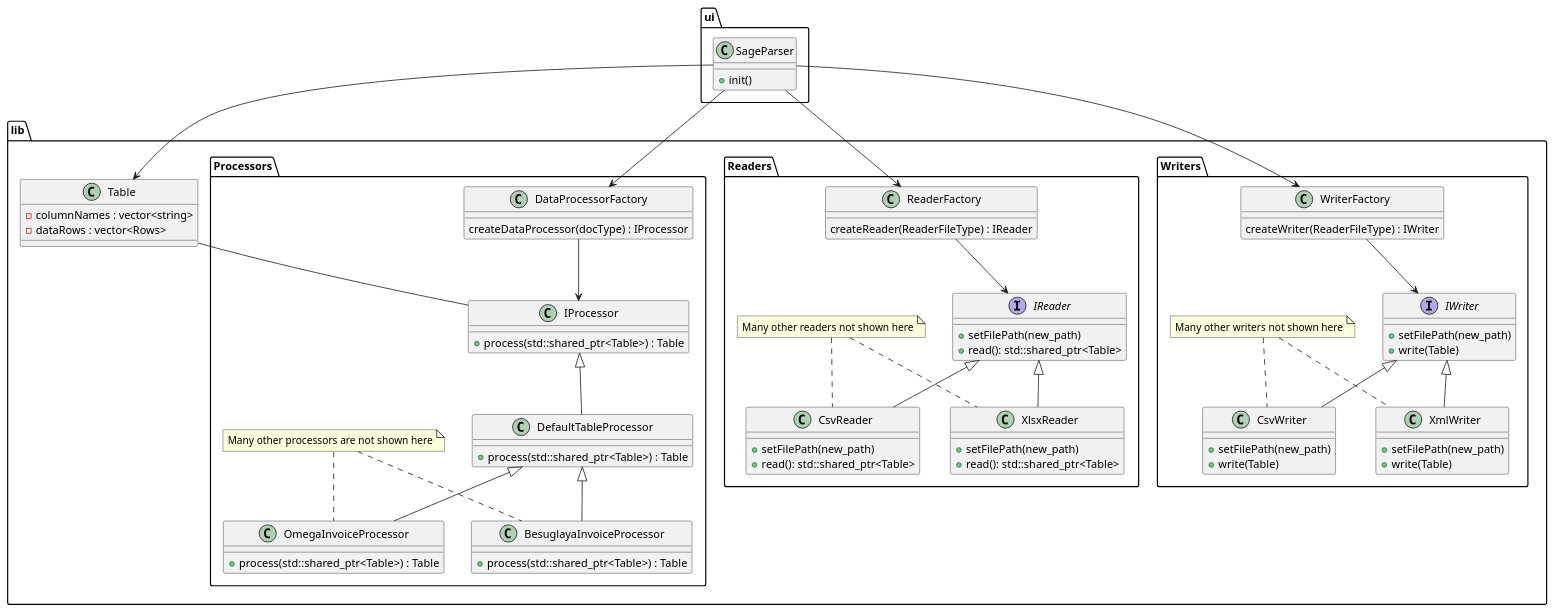
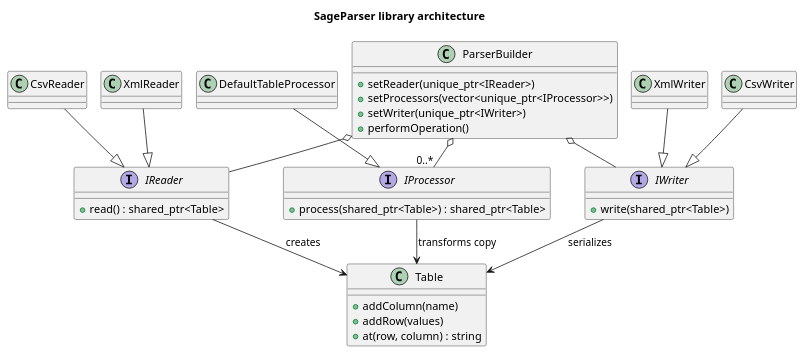
One commit to Sage-Cat/SageParser changed the diagram in docs/Library_Design.puml. Above: the diagram before and after it, drawn with PlantUML. The commit also changed 28 other files, not shown here.

Commit message:
Fix parser data integrity and add CI

```diff
--- a/docs/Library_Design.puml
+++ b/docs/Library_Design.puml
@@ -1,117 +1,48 @@
 @startuml
+!pragma layout smetana
+skinparam componentStyle rectangle
+title SageParser library architecture
 
-package ui {
-    class SageParser
-    {
-        +init()
-    }
+class ParserBuilder {
+  +setReader(unique_ptr<IReader>)
+  +setProcessors(vector<unique_ptr<IProcessor>>)
+  +setWriter(unique_ptr<IWriter>)
+  +performOperation()
 }
 
-package lib {
-    class Table {
-        -columnNames : vector<string>
-        -dataRows : vector<Rows>
-    }
-
-    package Processors {
-        class DataProcessorFactory
-        {
-            createDataProcessor(docType) : IProcessor
-        }
-
-        class IProcessor {
-            +process(std::shared_ptr<Table>) : Table
-        }
-
-        class DefaultTableProcessor {
-            +process(std::shared_ptr<Table>) : Table
-        }
-
-        class OmegaInvoiceProcessor {
-            +process(std::shared_ptr<Table>) : Table
-        }
-
-        class BesuglayaInvoiceProcessor {
-            +process(std::shared_ptr<Table>) : Table
-        }
-
-        note "Many other processors are not shown here" as N1
-        N1 .. BesuglayaInvoiceProcessor
-        N1 .. OmegaInvoiceProcessor
-
-        DefaultTableProcessor -up-|> IProcessor
-        BesuglayaInvoiceProcessor -up-|> DefaultTableProcessor
-        OmegaInvoiceProcessor -up-|> DefaultTableProcessor
-    }
-
-    package Writers {
-
-        class WriterFactory {
-            createWriter(ReaderFileType) : IWriter
-        } 
-
-        interface IWriter {
-            +setFilePath(new_path)
-            +write(Table)
-        }
-
-        class CsvWriter {
-            +setFilePath(new_path)
-            +write(Table)
-        }
-
-        class XmlWriter {
-            +setFilePath(new_path)
-            +write(Table)
-        }
-
-        note "Many other writers not shown here" as N2
-        N2 .. CsvWriter
-        N2 .. XmlWriter
-
-        CsvWriter -up-|> IWriter
-        XmlWriter -up-|> IWriter
-    }
-
-    package Readers {
-        class ReaderFactory {
-            createReader(ReaderFileType) : IReader
-        } 
-
-        interface IReader {
-            +setFilePath(new_path)
-            +read(): std::shared_ptr<Table>
-        }
-
-        class CsvReader {
-            +setFilePath(new_path)
-            +read(): std::shared_ptr<Table>
-        }
-
-        class XlsxReader {
-            +setFilePath(new_path)
-            +read(): std::shared_ptr<Table>
-        }
-
-        note "Many other readers not shown here" as N3
-        N3 .. CsvReader
-        N3 .. XlsxReader
-
-        CsvReader -up-|> IReader
-        XlsxReader -up-|> IReader
-    }
-
-    Table -- IProcessor
+class Table {
+  +addColumn(name)
+  +addRow(values)
+  +at(row, column) : string
 }
 
+interface IReader {
+  +read() : shared_ptr<Table>
+}
+class CsvReader
+class XmlReader
 
-ReaderFactory --> IReader
-WriterFactory --> IWriter
-DataProcessorFactory --> IProcessor
+interface IProcessor {
+  +process(shared_ptr<Table>) : shared_ptr<Table>
+}
+class DefaultTableProcessor
 
-SageParser --> DataProcessorFactory
-SageParser --> WriterFactory
-SageParser --> ReaderFactory
-SageParser --> Table
+interface IWriter {
+  +write(shared_ptr<Table>)
+}
+class CsvWriter
+class XmlWriter
 
+CsvReader --|> IReader
+XmlReader --|> IReader
+DefaultTableProcessor --|> IProcessor
+CsvWriter --|> IWriter
+XmlWriter --|> IWriter
+
+ParserBuilder o-- IReader
+ParserBuilder o-- "0..*" IProcessor
+ParserBuilder o-- IWriter
+IReader --> Table : creates
+IProcessor --> Table : transforms copy
+IWriter --> Table : serializes
 @enduml
```
